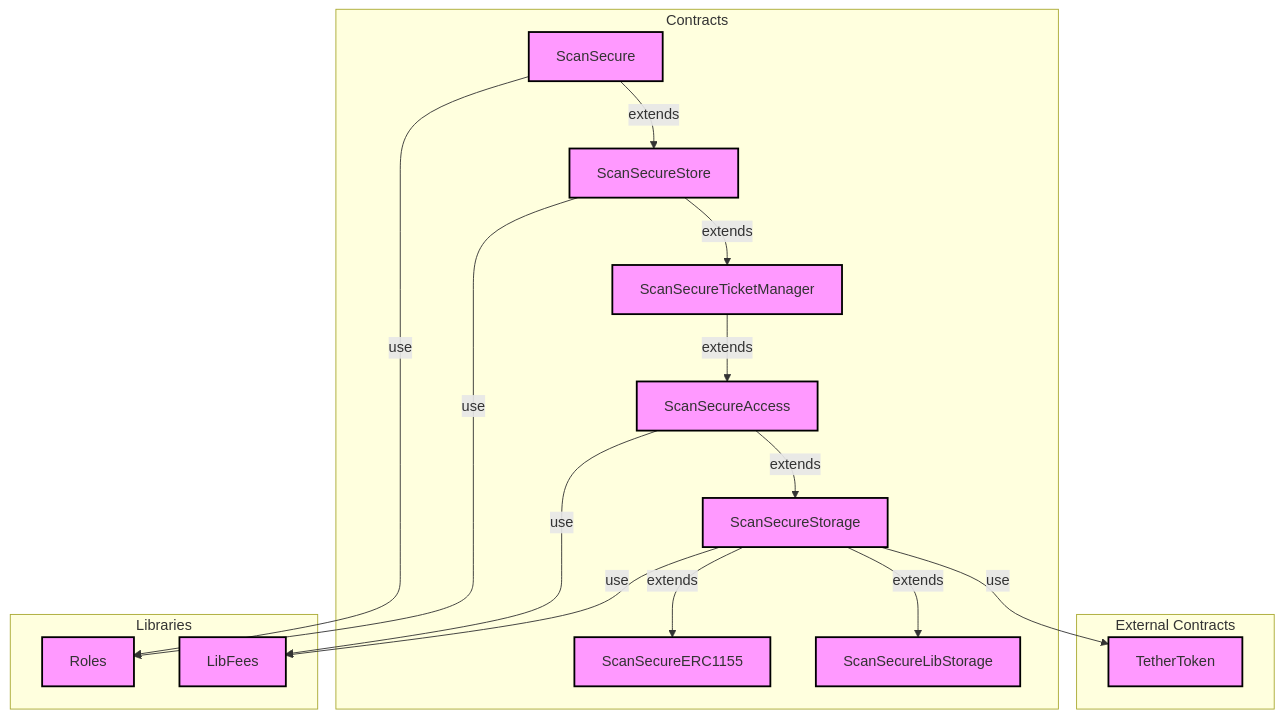
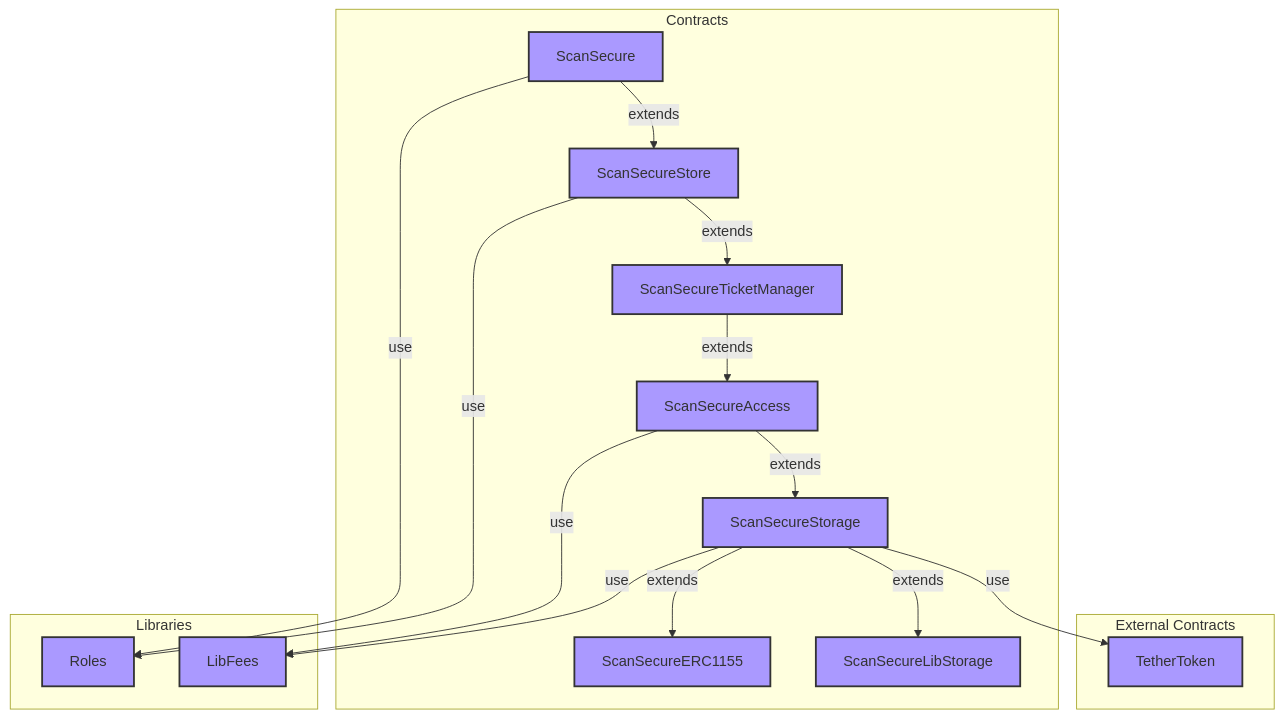
One commit to xdrkush/ScanSecure changed the first of 3 diagrams in README.md. Above: the diagram before and after it, drawn with Mermaid.

````diff
--- a/README.md
+++ b/README.md
@@ -166,59 +166,48 @@
 ```mermaid
 graph TD
 
     subgraph "External Contracts"
         J[TetherToken]
     end
 
 
     subgraph Contracts
         A[ScanSecure]
         B[ScanSecureStore]
         C[ScanSecureAccess]
         D[ScanSecureStorage]
         E[ScanSecureTicketManager]
         I[ScanSecureERC1155]
         H[ScanSecureLibStorage]
     end
 
     subgraph Libraries
         F[Roles]
         G[LibFees]
     end
     
     A -->|extends| B
     A -->|use| F
     B -->|extends| E
     B -->|use| F
     E -->|extends| C
     C -->|extends| D
     C -->|use| G
     D -->|extends| H
     D -->|extends| I
     D -->|use| G
     D -->|use| J
     
 
-    style A fill:#f9f,stroke:#333,stroke-width:2px
-    style B fill:#f9f,stroke:#333,stroke-width:2px
-    style C fill:#f9f,stroke:#333,stroke-width:2px
-    style D fill:#f9f,stroke:#333,stroke-width:2px
-    style E fill:#f9f,stroke:#333,stroke-width:2px
-    style F fill:#f9f,stroke:#333,stroke-width:2px
-    style G fill:#f9f,stroke:#333,stroke-width:2px
-    style H fill:#f9f,stroke:#333,stroke-width:2px
-    style I fill:#f9f,stroke:#333,stroke-width:2px
-    style J fill:#f9f,stroke:#333,stroke-width:2px
-
-    style A stroke:#000,stroke-width:2px
-    style B stroke:#000,stroke-width:2px
-    style C stroke:#000,stroke-width:2px
-    style D stroke:#000,stroke-width:2px
-    style E stroke:#000,stroke-width:2px
-    style F stroke:#000,stroke-width:2px
-    style G stroke:#000,stroke-width:2px
-    style H stroke:#000,stroke-width:2px
-    style I stroke:#000,stroke-width:2px
-    style J stroke:#000,stroke-width:2px
+    style A fill:#a9f,stroke:#333,stroke-width:2px
+    style B fill:#a9f,stroke:#333,stroke-width:2px
+    style C fill:#a9f,stroke:#333,stroke-width:2px
+    style D fill:#a9f,stroke:#333,stroke-width:2px
+    style E fill:#a9f,stroke:#333,stroke-width:2px
+    style F fill:#a9f,stroke:#333,stroke-width:2px
+    style G fill:#a9f,stroke:#333,stroke-width:2px
+    style H fill:#a9f,stroke:#333,stroke-width:2px
+    style I fill:#a9f,stroke:#333,stroke-width:2px
+    style J fill:#a9f,stroke:#333,stroke-width:2px
 
 ```
````
